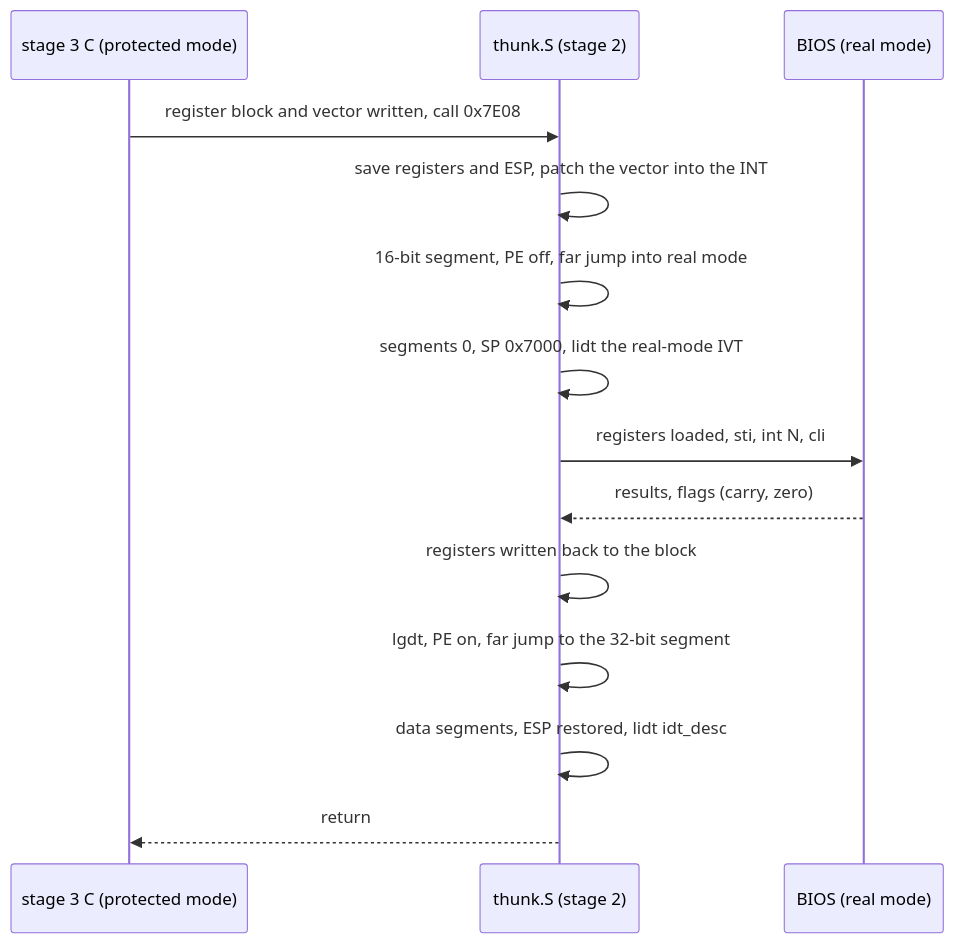
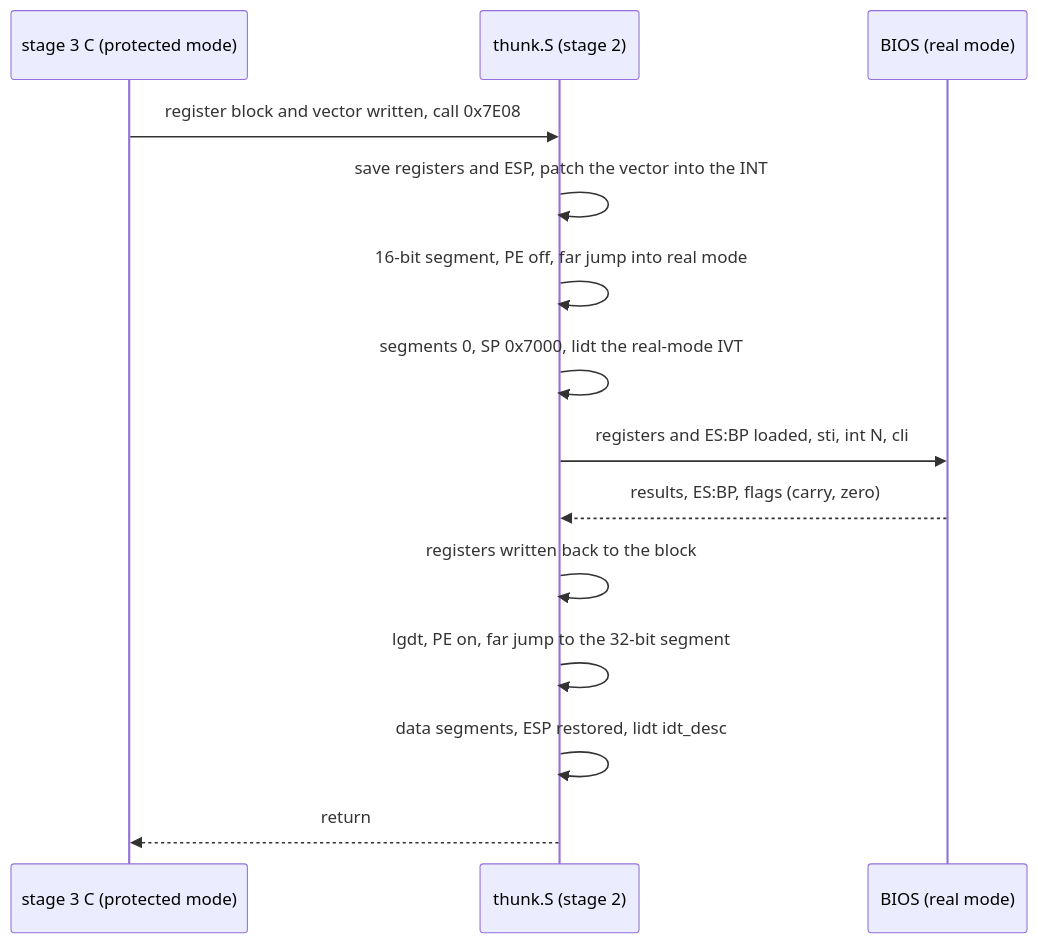
One commit to vifair22/falcon-boot changed diagram 14 of 24 in docs/DESIGN.md. Above: the diagram before and after it, drawn with Mermaid. The commit also changed 2 other files, not shown here.

Commit message:
Carry BP into a BIOS call and bring ES:BP back out of it
INT 10h's font calls take a table at ES:BP (AX=1100h) and answer in it
(AX=1130h). The register block's spare word after ES holds BP, which is
all a real-mode call reads; the thunk loads it with ES and writes both
back with the other results. Every caller that passes ES sets it before
its call.

````diff
--- a/docs/DESIGN.md
+++ b/docs/DESIGN.md
@@ -3148,16 +3148,16 @@
 ```mermaid
 sequenceDiagram
     participant C as stage 3 C (protected mode)
     participant T as thunk.S (stage 2)
     participant B as BIOS (real mode)
     C->>T: register block and vector written, call 0x7E08
     T->>T: save registers and ESP, patch the vector into the INT
     T->>T: 16-bit segment, PE off, far jump into real mode
     T->>T: segments 0, SP 0x7000, lidt the real-mode IVT
-    T->>B: registers loaded, sti, int N, cli
-    B-->>T: results, flags (carry, zero)
+    T->>B: registers and ES:BP loaded, sti, int N, cli
+    B-->>T: results, ES:BP, flags (carry, zero)
     T->>T: registers written back to the block
     T->>T: lgdt, PE on, far jump to the 32-bit segment
     T->>T: data segments, ESP restored, lidt idt_desc
     T-->>C: return
 ```
````
